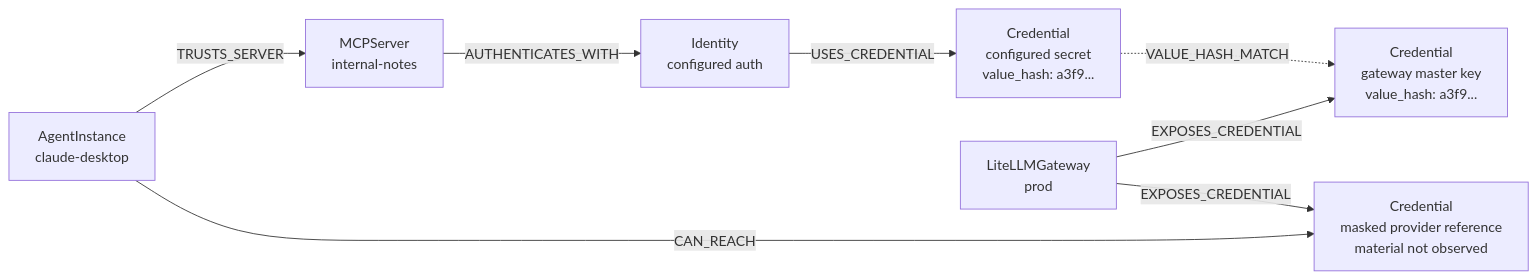
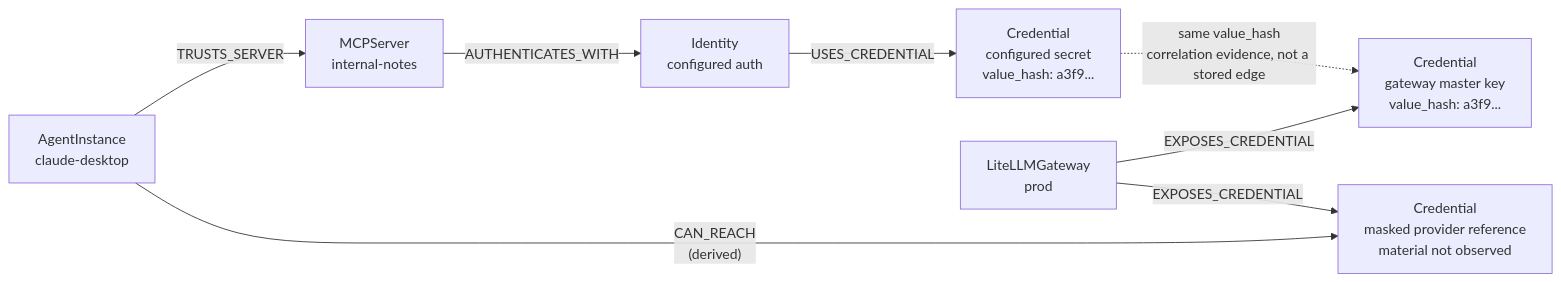
Before and after one commit to adithyan-ak/AgentHound: the diagram in README.md, drawn with Mermaid. The commit also changed other lines of this file, not shown here.

````diff
--- a/README.md
+++ b/README.md
@@ -270,18 +309,18 @@
 ```mermaid
 flowchart LR
   Agent["AgentInstance<br/>claude-desktop"]
   Notes["MCPServer<br/>internal-notes"]
   Identity["Identity<br/>configured auth"]
   ConfigCred["Credential<br/>configured secret<br/>value_hash: a3f9..."]
   Gateway["LiteLLMGateway<br/>prod"]
   MasterCred["Credential<br/>gateway master key<br/>value_hash: a3f9..."]
   ProviderRef["Credential<br/>masked provider reference<br/>material not observed"]
 
   Agent -- TRUSTS_SERVER --> Notes
   Notes -- AUTHENTICATES_WITH --> Identity
   Identity -- USES_CREDENTIAL --> ConfigCred
-  ConfigCred -. VALUE_HASH_MATCH .-> MasterCred
+  ConfigCred -. "same value_hash<br/>correlation evidence, not a stored edge" .-> MasterCred
   Gateway -- EXPOSES_CREDENTIAL --> MasterCred
   Gateway -- EXPOSES_CREDENTIAL --> ProviderRef
-  Agent -- CAN_REACH --> ProviderRef
+  Agent -- "CAN_REACH<br/>(derived)" --> ProviderRef
 ```
````
